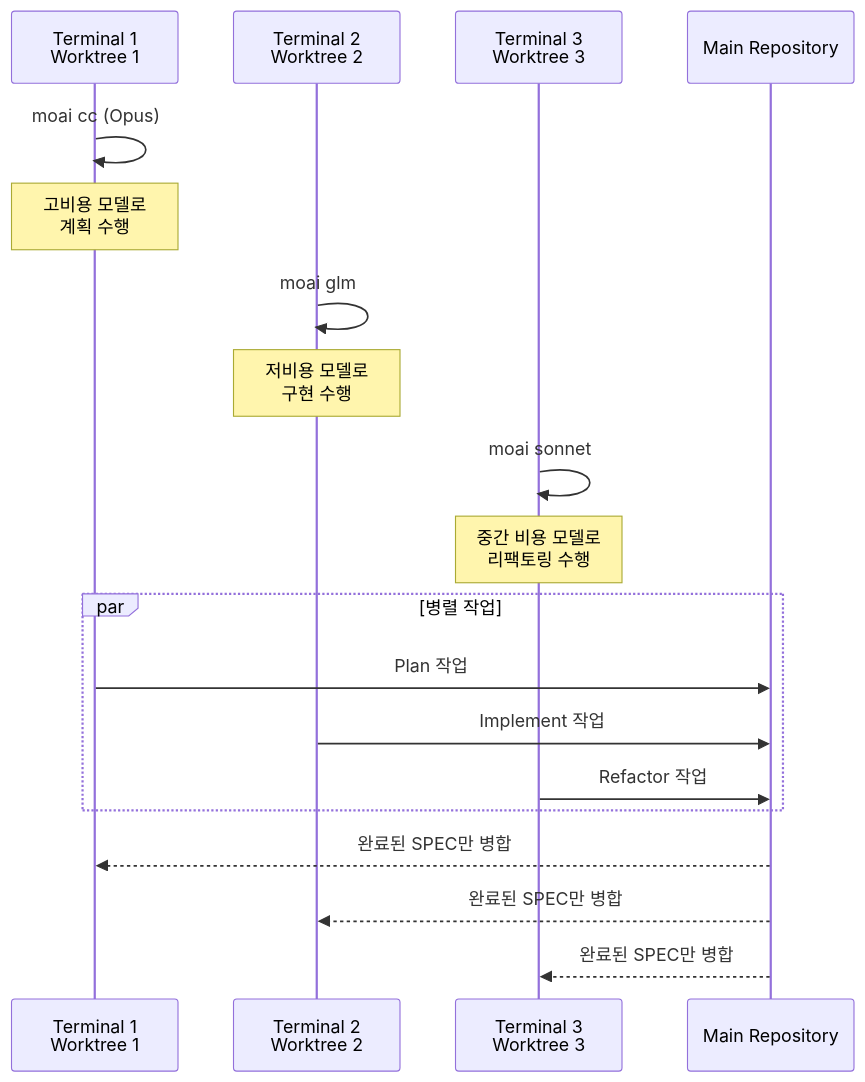
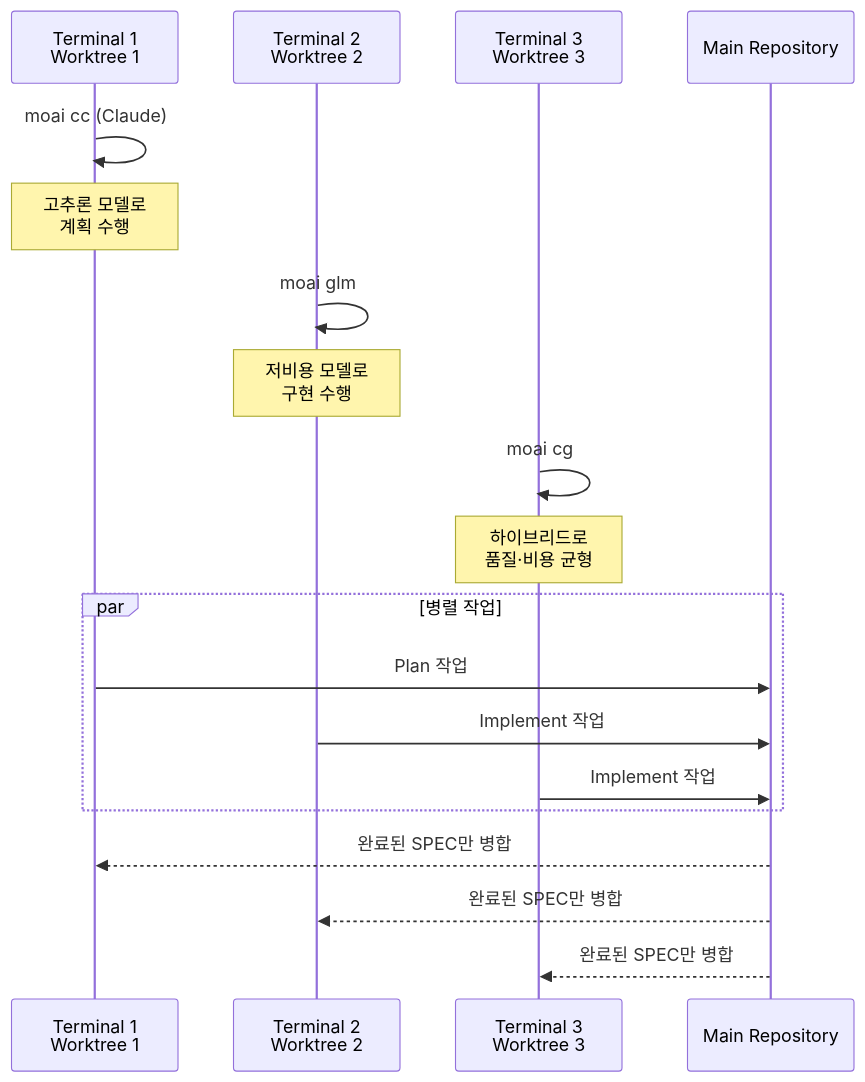
Before and after one commit to modu-ai/moai-adk: the fourth of 6 diagrams in docs-site/content/ko/worktree/_index.md, drawn with Mermaid. The commit also changed other lines of this file and 395 other files, not shown here.

````diff
--- a/docs-site/content/ko/worktree/_index.md
+++ b/docs-site/content/ko/worktree/_index.md
@@ -172,26 +182,26 @@
 ```mermaid
 sequenceDiagram
     participant T1 as Terminal 1<br/>Worktree 1
     participant T2 as Terminal 2<br/>Worktree 2
     participant T3 as Terminal 3<br/>Worktree 3
     participant Main as Main Repository
 
-    T1->>T1: moai cc (Opus)
-    Note over T1: 고비용 모델로<br/>계획 수행
+    T1->>T1: moai cc (Claude)
+    Note over T1: 고추론 모델로<br/>계획 수행
 
     T2->>T2: moai glm
     Note over T2: 저비용 모델로<br/>구현 수행
 
-    T3->>T3: moai sonnet
-    Note over T3: 중간 비용 모델로<br/>리팩토링 수행
+    T3->>T3: moai cg
+    Note over T3: 하이브리드로<br/>품질·비용 균형
 
     par 병렬 작업
         T1->>Main: Plan 작업
         T2->>Main: Implement 작업
-        T3->>Main: Refactor 작업
+        T3->>Main: Implement 작업
     end
 
     Main-->>T1: 완료된 SPEC만 병합
     Main-->>T2: 완료된 SPEC만 병합
     Main-->>T3: 완료된 SPEC만 병합
 ```
````
